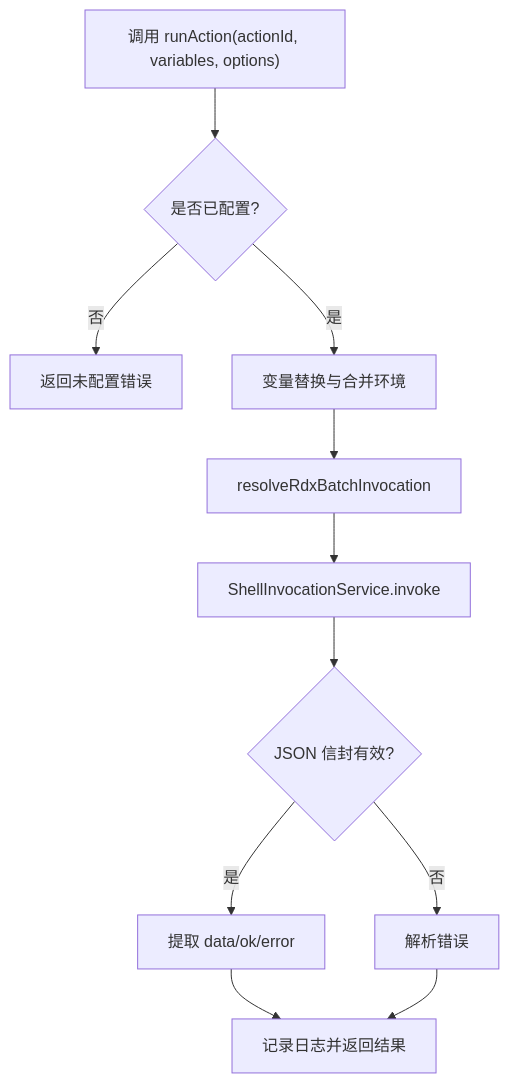
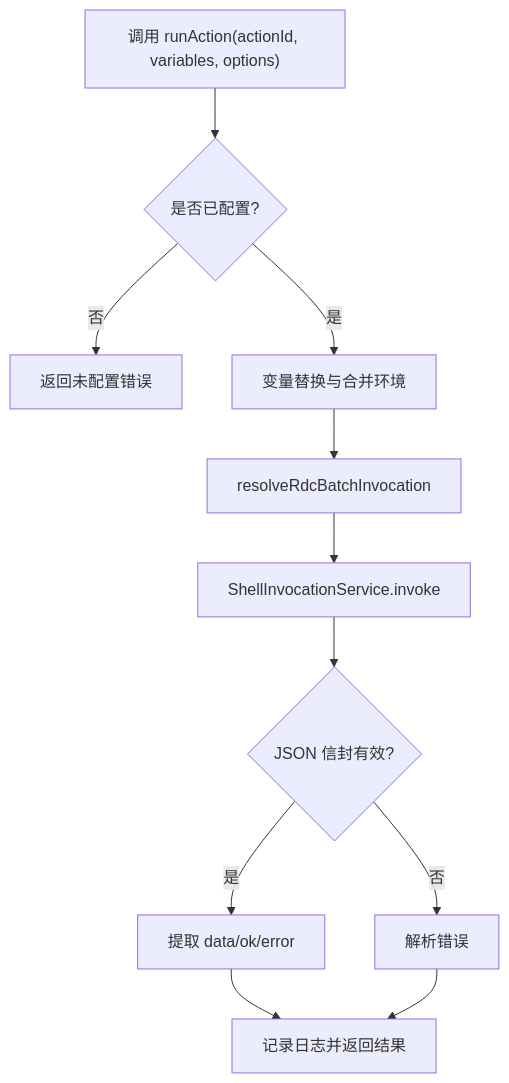
One commit to haolange/RDC-Agent changed the sixth of 9 diagrams in .qoder/repowiki/zh/content/用户界面/终端抽屉.md. Above: the diagram before and after it, drawn with Mermaid. The commit also changed other lines of this file and 557 other files, not shown here.

````diff
--- a/.qoder/repowiki/zh/content/用户界面/终端抽屉.md
+++ b/.qoder/repowiki/zh/content/用户界面/终端抽屉.md
@@ -290,13 +290,13 @@
 ```mermaid
 flowchart TD
 A["调用 runAction(actionId, variables, options)"] --> B{"是否已配置?"}
 B --> |否| E["返回未配置错误"]
 B --> |是| C["变量替换与合并环境"]
-C --> D["resolveRdxBatchInvocation"]
+C --> D["resolveRdcBatchInvocation"]
 D --> F["ShellInvocationService.invoke"]
 F --> G{"JSON 信封有效?"}
 G --> |是| H["提取 data/ok/error"]
 G --> |否| I["解析错误"]
 H --> J["记录日志并返回结果"]
 I --> J
 ```
````
